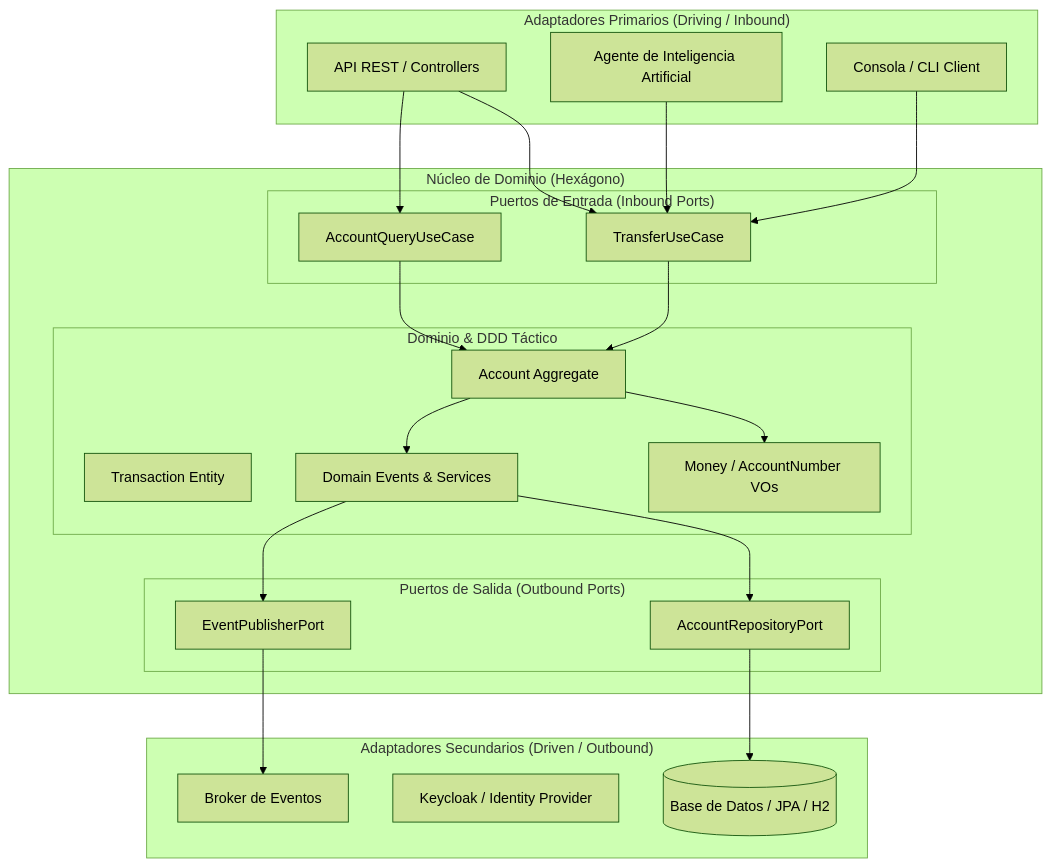
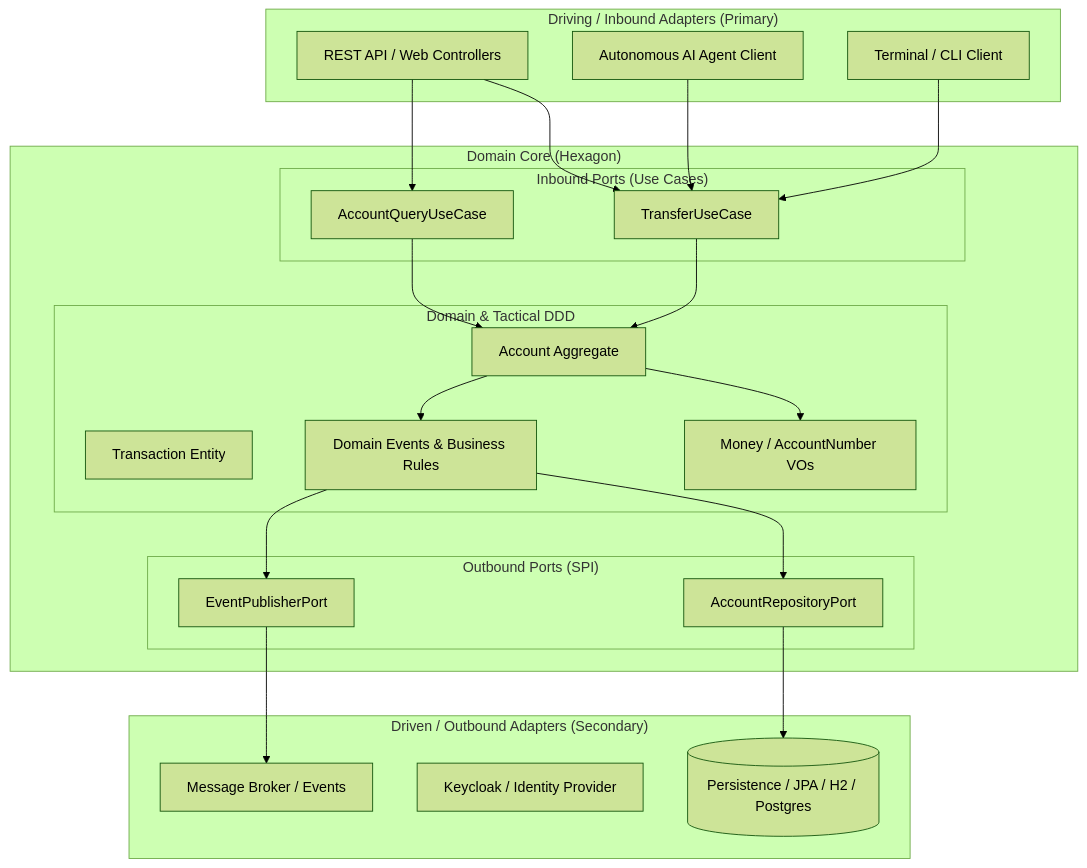
Before and after one commit to sergiopj/springboot-hexagonal-demo: the diagram in README.md, drawn with Mermaid (forest theme). The commit also changed other lines of this file, not shown here.

````diff
--- a/README.md
+++ b/README.md
@@ -19,49 +19,49 @@
 ```mermaid
 graph TD
-    subgraph "Adaptadores Primarios (Driving / Inbound)"
-        REST[API REST / Controllers]
-        AI[Agente de Inteligencia Artificial]
-        CLI[Consola / CLI Client]
+    subgraph "Driving / Inbound Adapters (Primary)"
+        REST[REST API / Web Controllers]
+        AI[Autonomous AI Agent Client]
+        CLI[Terminal / CLI Client]
     end
 
-    subgraph "Núcleo de Dominio (Hexágono)"
-        subgraph "Puertos de Entrada (Inbound Ports)"
+    subgraph "Domain Core (Hexagon)"
+        subgraph "Inbound Ports (Use Cases)"
             TransferPort[TransferUseCase]
             AccountPort[AccountQueryUseCase]
         end
 
-        subgraph "Dominio & DDD Táctico"
+        subgraph "Domain & Tactical DDD"
             Account[Account Aggregate]
             Transaction[Transaction Entity]
             VO[Money / AccountNumber VOs]
-            Rules[Domain Events & Services]
+            Rules[Domain Events & Business Rules]
         end
 
-        subgraph "Puertos de Salida (Outbound Ports)"
+        subgraph "Outbound Ports (SPI)"
             RepoPort[AccountRepositoryPort]
             EventPort[EventPublisherPort]
         end
     end
 
-    subgraph "Adaptadores Secundarios (Driven / Outbound)"
-        DB[(Base de Datos / JPA / H2)]
+    subgraph "Driven / Outbound Adapters (Secondary)"
+        DB[(Persistence / JPA / H2 / Postgres)]
         Auth[Keycloak / Identity Provider]
-        Msg[Broker de Eventos]
+        Msg[Message Broker / Events]
     end
 
     REST --> TransferPort
     AI --> TransferPort
     CLI --> TransferPort
     REST --> AccountPort
 
     TransferPort --> Account
     AccountPort --> Account
     Account --> VO
     Account --> Rules
 
     Rules --> RepoPort
     Rules --> EventPort
 
     RepoPort --> DB
     EventPort --> Msg
 ```
````
